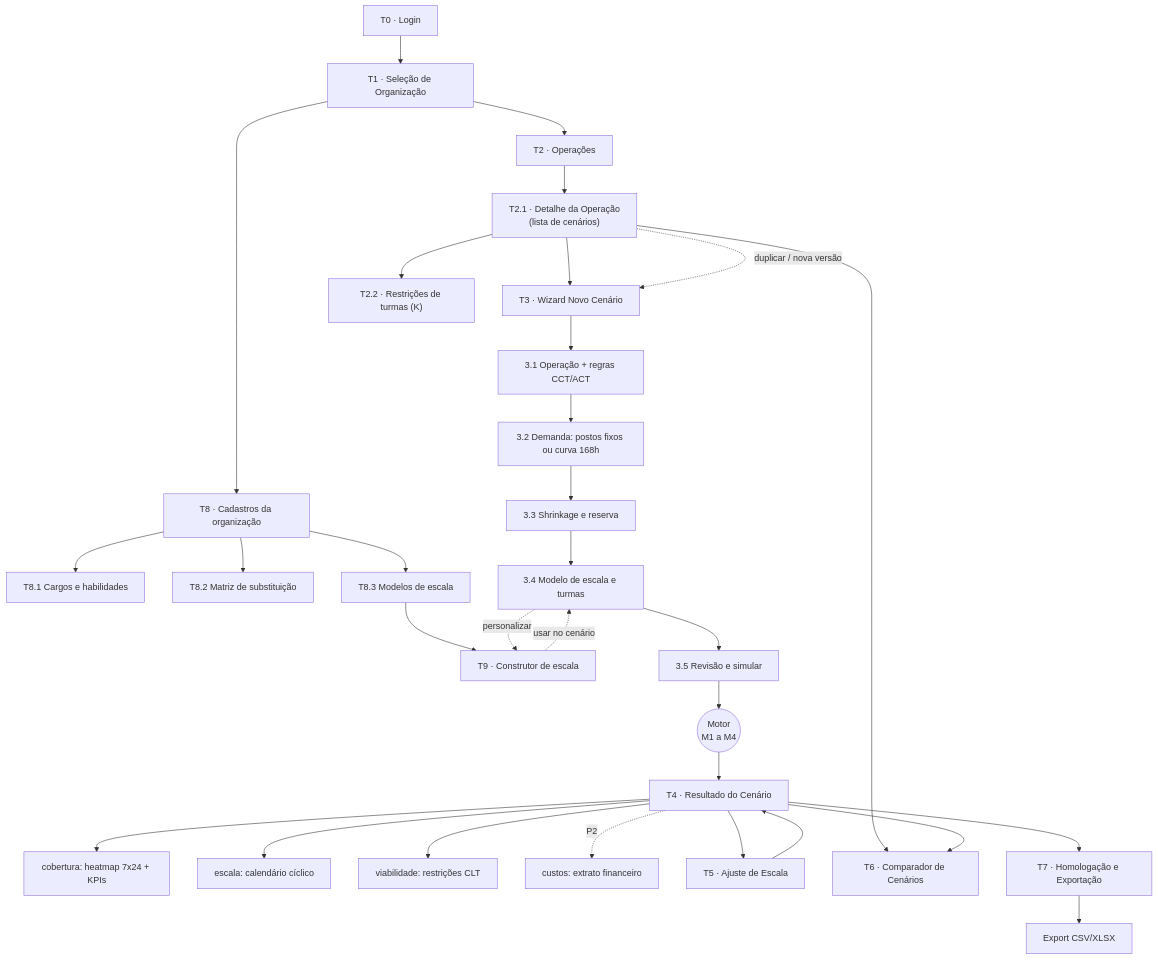
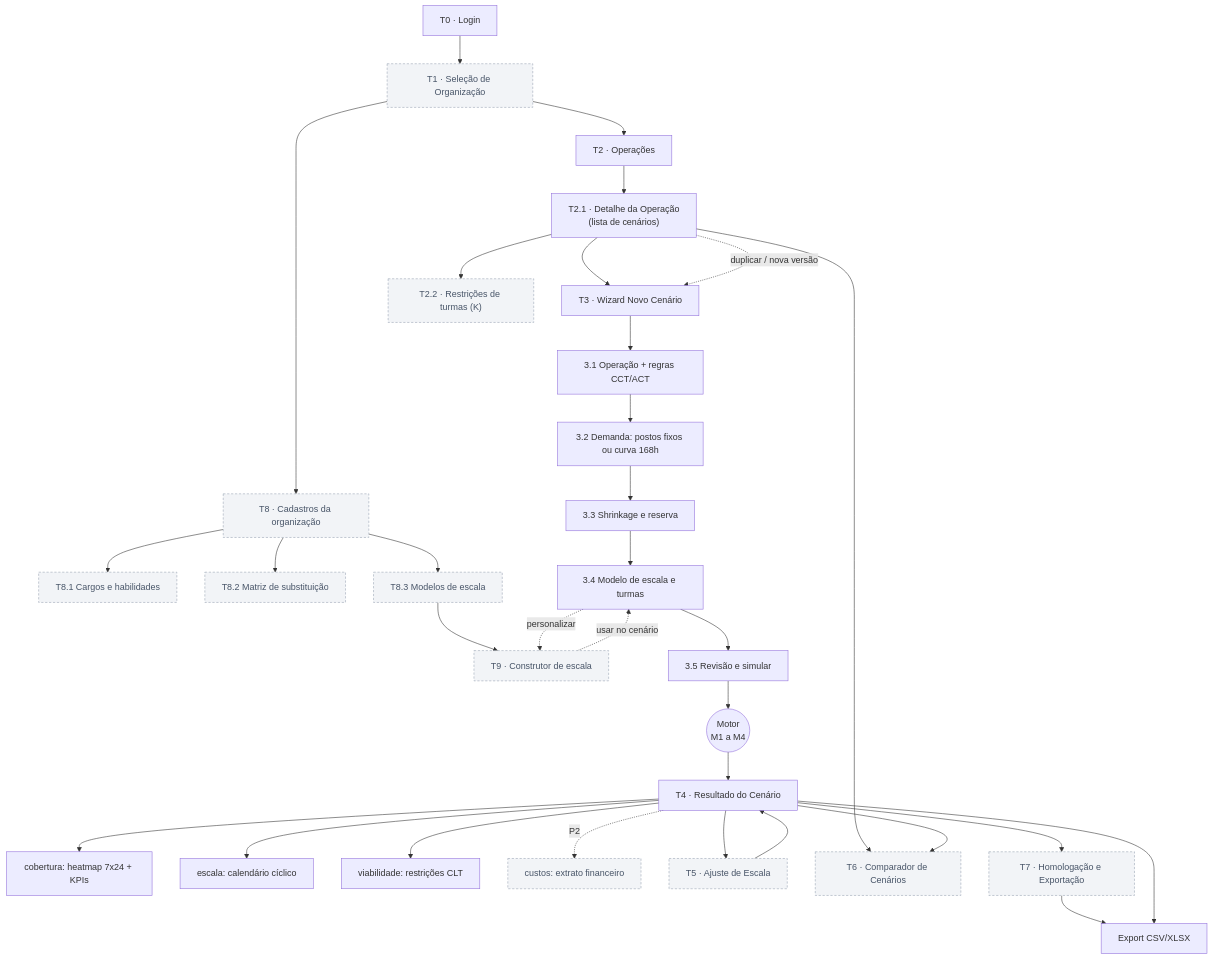
Before and after one commit to thgterto/Ferramentas-Web: the first of 8 diagrams in docs/simulador-escalas/03-fluxo-do-app.md, drawn with Mermaid. The commit also changed other lines of this file and 6 other files, not shown here.

````diff
--- a/docs/simulador-escalas/03-fluxo-do-app.md
+++ b/docs/simulador-escalas/03-fluxo-do-app.md
@@ -10,33 +12,36 @@
 ```mermaid
 flowchart TD
     L["T0 · Login"] --> ORG["T1 · Seleção de Organização"]
     ORG --> PROJ["T2 · Operações"]
     PROJ --> OP["T2.1 · Detalhe da Operação<br/>(lista de cenários)"]
     OP --> WIZ["T3 · Wizard Novo Cenário"]
     OP --> RK["T2.2 · Restrições de turmas (K)"]
     ORG --> CAD["T8 · Cadastros da organização"]
     CAD --> C1["T8.1 Cargos e habilidades"]
     CAD --> C2["T8.2 Matriz de substituição"]
     CAD --> C3["T8.3 Modelos de escala"]
     C3 --> CB["T9 · Construtor de escala"]
     W4 -. "personalizar" .-> CB
     CB -. "usar no cenário" .-> W4
     WIZ --> W1["3.1 Operação + regras CCT/ACT"]
     W1 --> W2["3.2 Demanda: postos fixos ou curva 168h"]
     W2 --> W3["3.3 Shrinkage e reserva"]
     W3 --> W4["3.4 Modelo de escala e turmas"]
     W4 --> W5["3.5 Revisão e simular"]
     W5 --> CALC(("Motor<br/>M1 a M4"))
     CALC --> RES["T4 · Resultado do Cenário"]
     RES --> R1["cobertura: heatmap 7x24 + KPIs"]
     RES --> R2["escala: calendário cíclico"]
     RES --> R3["viabilidade: restrições CLT"]
     RES -. "P2" .-> R4["custos: extrato financeiro"]
     RES --> EDIT["T5 · Ajuste de Escala"]
     EDIT --> RES
     OP --> CMP["T6 · Comparador de Cenários"]
     RES --> CMP
     RES --> HOM["T7 · Homologação e Exportação"]
     HOM --> EXP1["Export CSV/XLSX"]
+    RES --> EXP1
     OP -. "duplicar / nova versão" .-> WIZ
+    classDef fase2 fill:#f2f4f7,stroke:#98a2b3,stroke-dasharray:4 3,color:#475467
+    class ORG,RK,CAD,C1,C2,C3,CB,EDIT,CMP,HOM,R4 fase2
 ```
````
